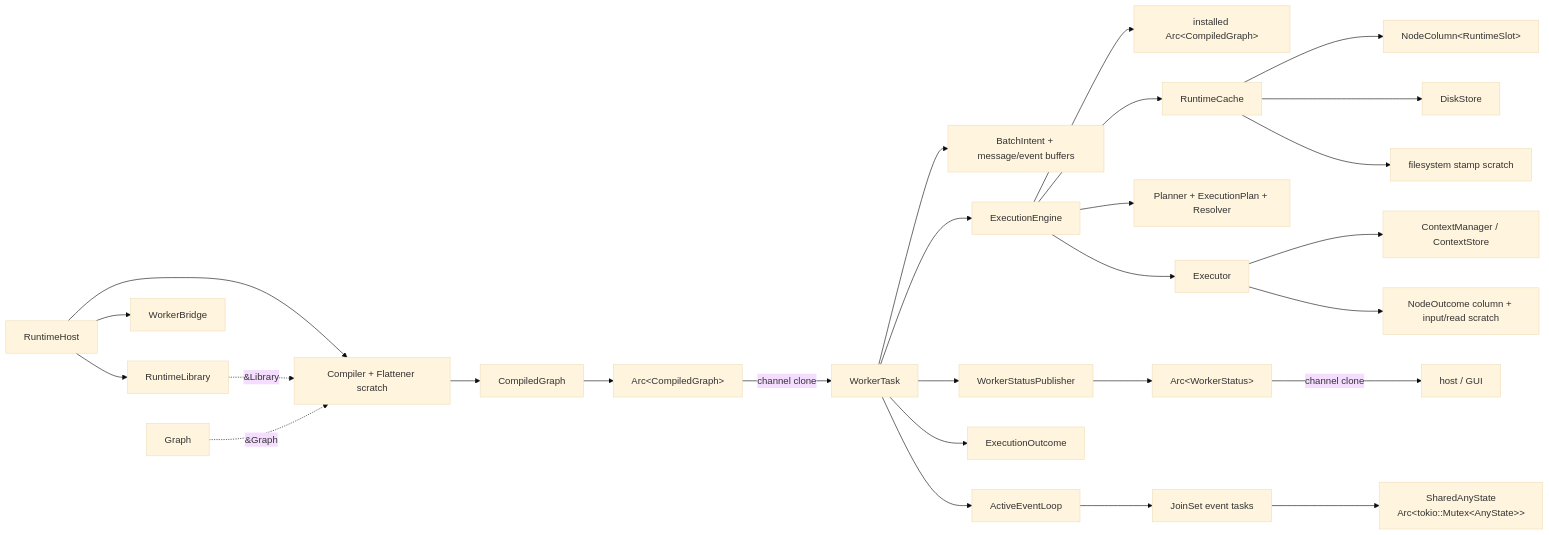
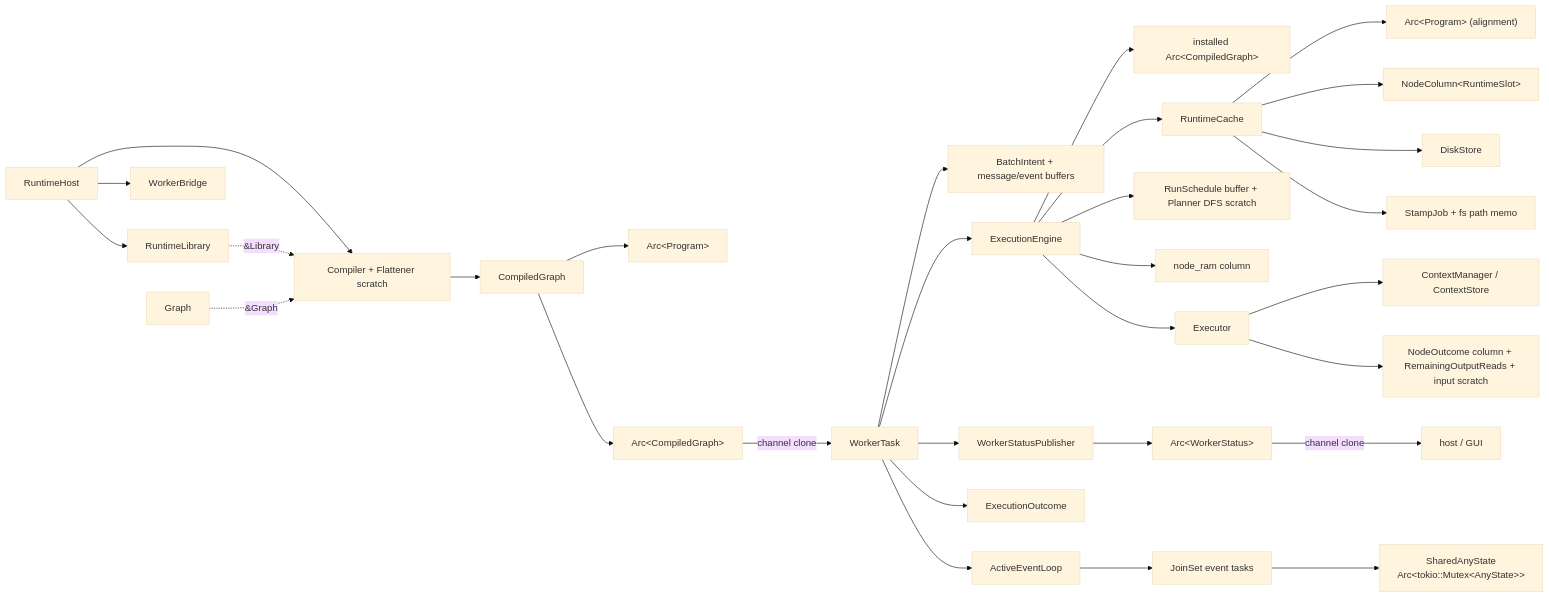
The second of 2 diagrams in .notes/scenarium-analysis.md (xorza/Darkroom), drawn with Mermaid (base theme) before and after one commit. The commit also changed other lines of this file and 5 other files, not shown here.

````diff
--- a/.notes/scenarium-analysis.md
+++ b/.notes/scenarium-analysis.md
@@ -124,36 +133,39 @@
 ```mermaid
 flowchart LR
     RH["RuntimeHost"] --> LIB["RuntimeLibrary"]
     RH --> COMP["Compiler + Flattener scratch"]
     RH --> WB["WorkerBridge"]
 
     LIB -. "&Library" .-> COMP
     G["Graph"] -. "&Graph" .-> COMP
     COMP --> CG["CompiledGraph"]
+    CG --> PROG["Arc&lt;Program&gt;"]
     CG --> ACG["Arc&lt;CompiledGraph&gt;"]
     ACG -->|"channel clone"| WT["WorkerTask"]
 
     WT --> BI["BatchIntent + message/event buffers"]
     WT --> ENG["ExecutionEngine"]
     WT --> PUB["WorkerStatusPublisher"]
     WT --> OUT["ExecutionOutcome"]
     WT --> AEL["ActiveEventLoop"]
 
     ENG --> ACG2["installed Arc&lt;CompiledGraph&gt;"]
     ENG --> RC["RuntimeCache"]
-    ENG --> PLAN["Planner + ExecutionPlan + Resolver"]
+    ENG --> SCHED["RunSchedule buffer + Planner DFS scratch"]
+    ENG --> NRAM["node_ram column"]
     ENG --> EX["Executor"]
 
+    RC --> PROG2["Arc&lt;Program&gt; (alignment)"]
     RC --> SLOTS["NodeColumn&lt;RuntimeSlot&gt;"]
     RC --> DISK["DiskStore"]
-    RC --> STAMP["filesystem stamp scratch"]
+    RC --> STAMP["StampJob + fs path memo"]
 
     EX --> CTX["ContextManager / ContextStore"]
-    EX --> EO["NodeOutcome column + input/read scratch"]
+    EX --> EO["NodeOutcome column + RemainingOutputReads + input scratch"]
 
     PUB --> AWS["Arc&lt;WorkerStatus&gt;"]
     AWS -->|"channel clone"| HOST["host / GUI"]
 
     AEL --> TASKS["JoinSet event tasks"]
     TASKS --> SHARED["SharedAnyState<br/>Arc&lt;tokio::Mutex&lt;AnyState&gt;&gt;"]
 ```
````
